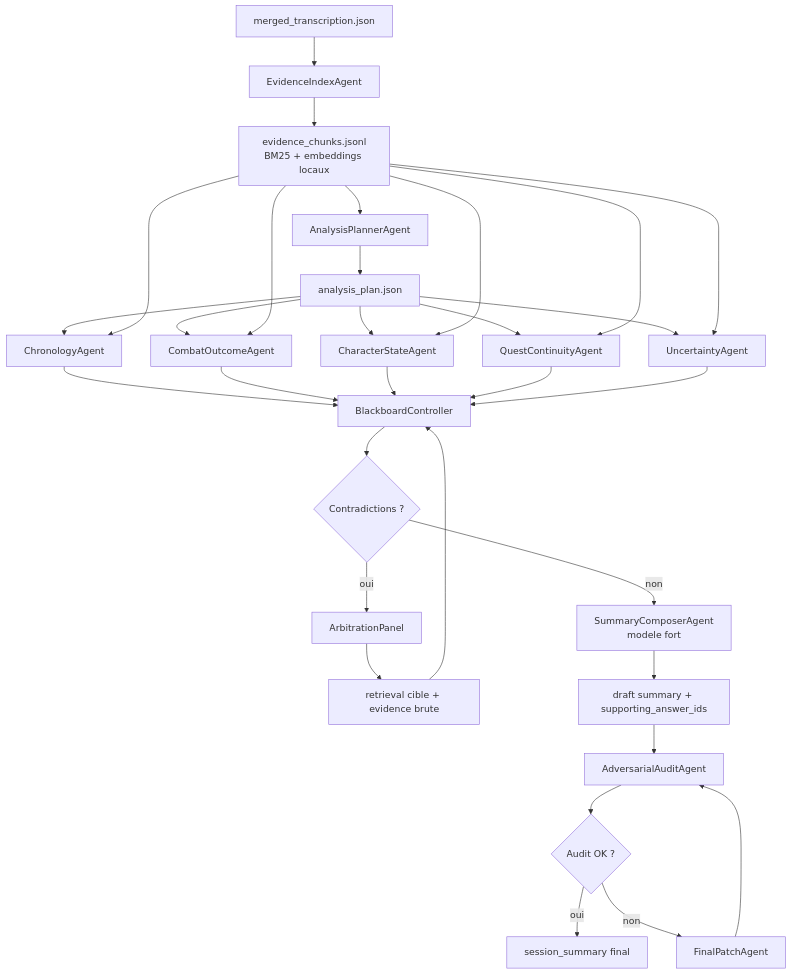
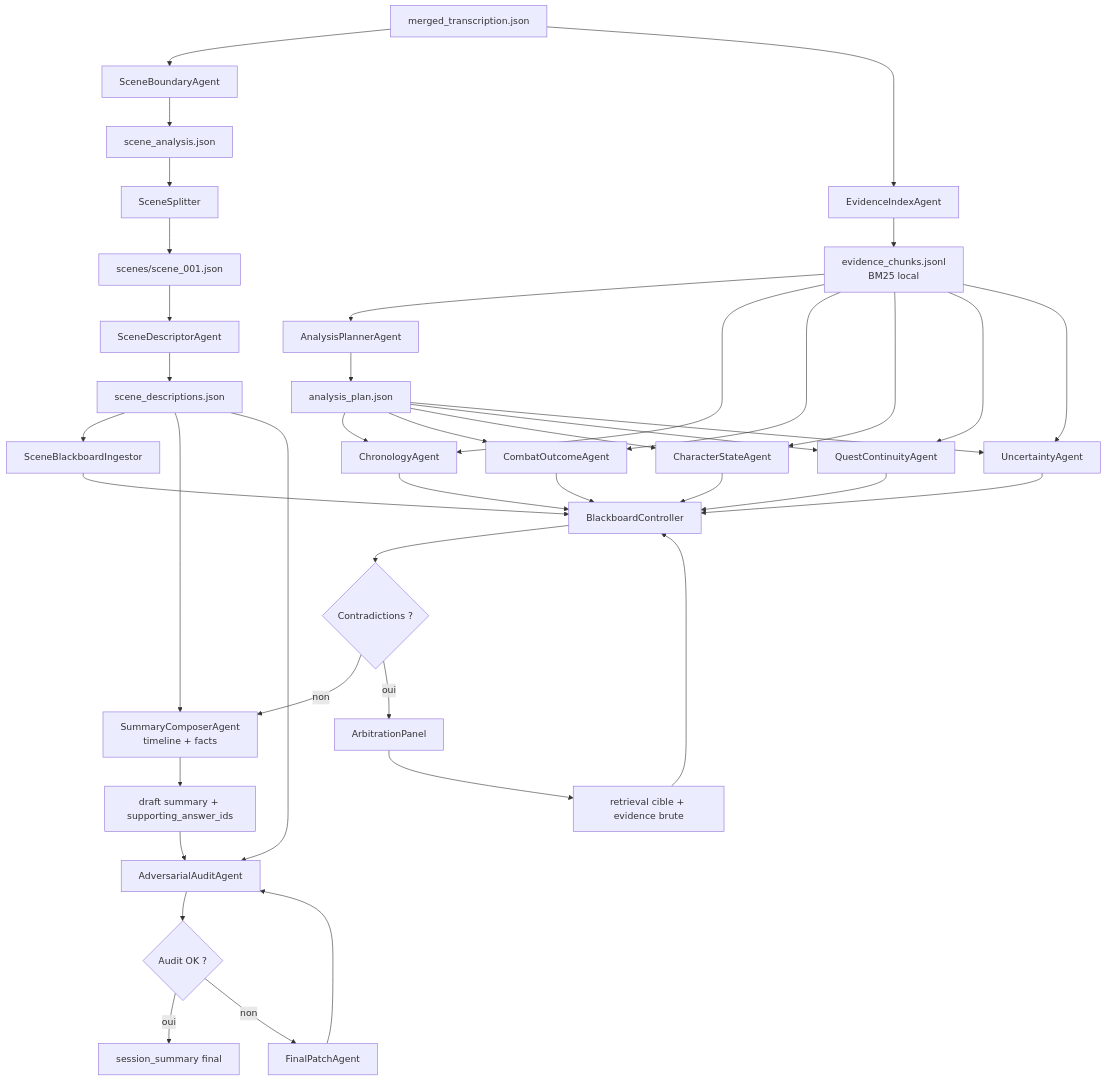
Before and after one commit to Wameuh/Tara: the first of 2 diagrams in ARCHITECTURE.md, drawn with Mermaid. The commit also changed other lines of this file and 19 other files, not shown here.

````diff
--- a/ARCHITECTURE.md
+++ b/ARCHITECTURE.md
@@ -35,33 +42,43 @@
 ```mermaid
 flowchart TD
-    A[merged_transcription.json] --> B[EvidenceIndexAgent]
-    B --> C[evidence_chunks.jsonl<br/>BM25 + embeddings locaux]
+    A[merged_transcription.json] --> S1[SceneBoundaryAgent]
+    S1 --> S2[scene_analysis.json]
+    S2 --> S3[SceneSplitter]
+    S3 --> S4[scenes/scene_001.json]
+    S4 --> S5[SceneDescriptorAgent]
+    S5 --> S6[scene_descriptions.json]
+    S6 --> S7[SceneBlackboardIngestor]
+    A --> B[EvidenceIndexAgent]
+    B --> C[evidence_chunks.jsonl<br/>BM25 local]
     C --> D[AnalysisPlannerAgent]
     D --> E[analysis_plan.json]
     E --> F1[ChronologyAgent]
     E --> F2[CombatOutcomeAgent]
     E --> F3[CharacterStateAgent]
     E --> F4[QuestContinuityAgent]
     E --> F5[UncertaintyAgent]
     C --> F1
     C --> F2
     C --> F3
     C --> F4
     C --> F5
-    F1 --> G[BlackboardController]
+    S7 --> G[BlackboardController]
+    F1 --> G
     F2 --> G
     F3 --> G
     F4 --> G
     F5 --> G
     G --> H{Contradictions ?}
-    H -- non --> I[SummaryComposerAgent<br/>modele fort]
+    H -- non --> I[SummaryComposerAgent<br/>timeline + facts]
     H -- oui --> J[ArbitrationPanel]
     J --> K[retrieval cible + evidence brute]
     K --> G
     I --> L[draft summary + supporting_answer_ids]
+    S6 --> I
     L --> M[AdversarialAuditAgent]
+    S6 --> M
     M --> N{Audit OK ?}
     N -- oui --> O[session_summary final]
     N -- non --> P[FinalPatchAgent]
     P --> M
 ```
````
